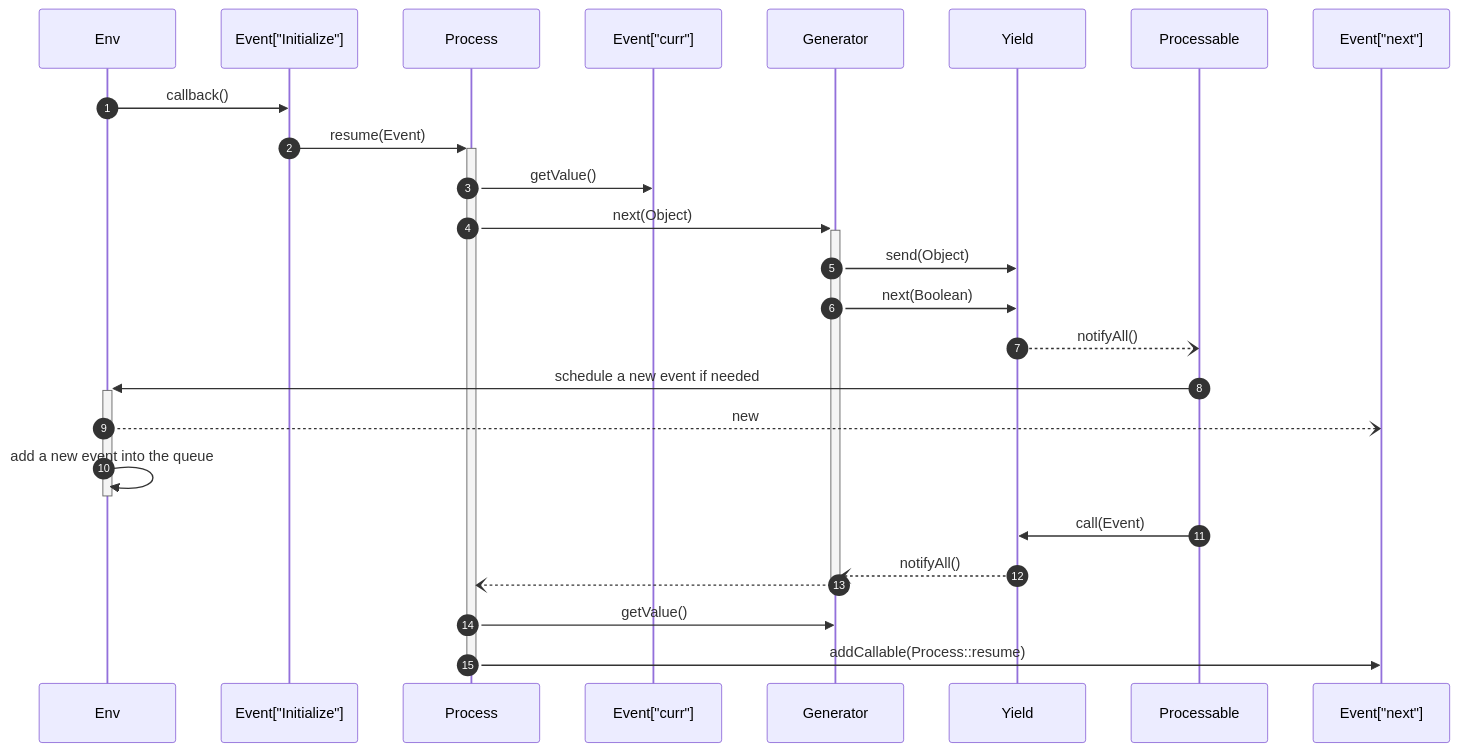
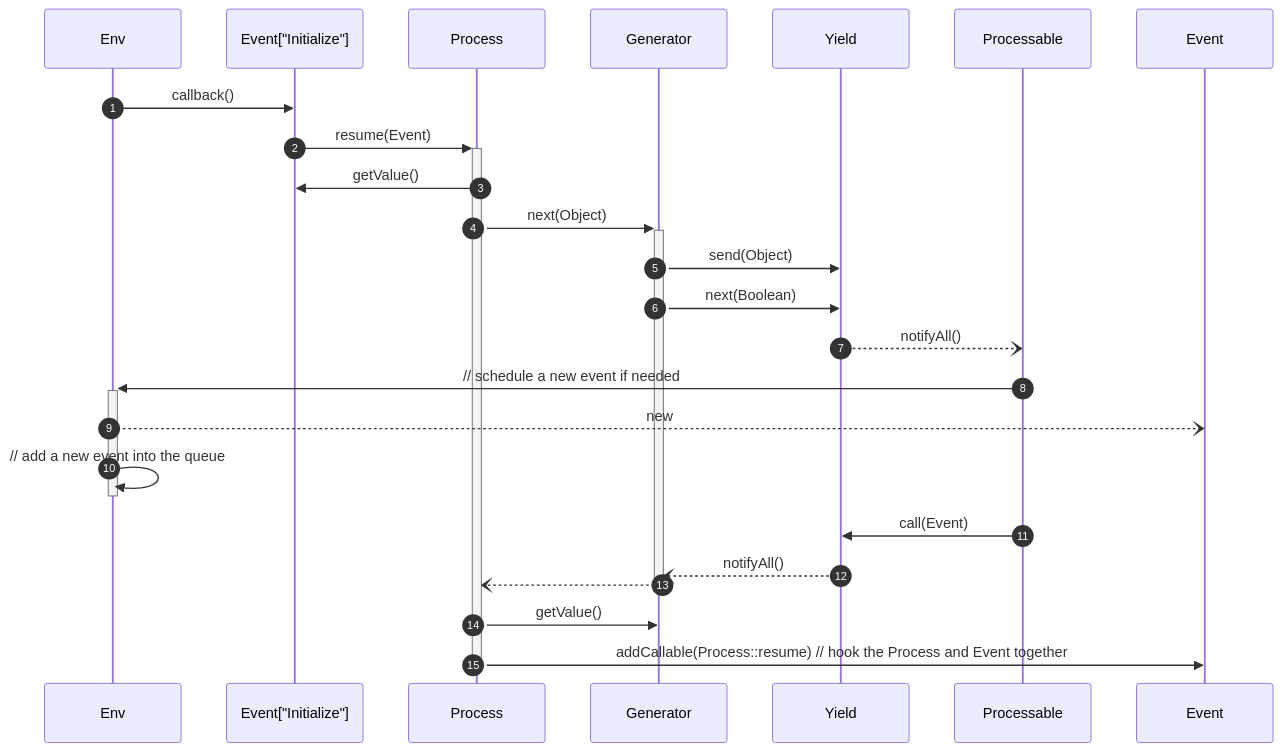
Diagram 11 of 11 in README.md (uia4j/uia-sim), drawn with Mermaid before and after one commit. The commit also changed other lines of this file, not shown here.

````diff
--- a/README.md
+++ b/README.md
@@ -272,20 +275,20 @@
     ```mermaid
     sequenceDiagram
         autonumber
         Env ->> Event["Initialize"]: callback()
         Event["Initialize"] ->> +Process: resume(Event)
 
-            Process ->> Event["curr"]: getValue()
+            Process ->> Event["Initialize"]: getValue()
             Process ->> +Generator: next(Object)
             Generator ->> Yield: send(Object)
             Generator ->> Yield: next(Boolean)
             Yield --) Processable: notifyAll()
-            Processable ->> +Env: schedule a new event if needed
-            Env --) Event["next"]: new
-            Env ->> -Env: add a new event into the queue
+            Processable ->> +Env: // schedule a new event if needed
+            Env --) Event: new
+            Env ->> -Env: // add a new event into the queue
             Processable ->> Yield: call(Event)
             Yield --) Generator: notifyAll()
             Generator --) -Process: 
             Process ->> Generator: getValue()
-            Process ->> -Event["next"]: addCallable(Process::resume)
+            Process ->> -Event: addCallable(Process::resume) // hook the Process and Event together
     ```
````
